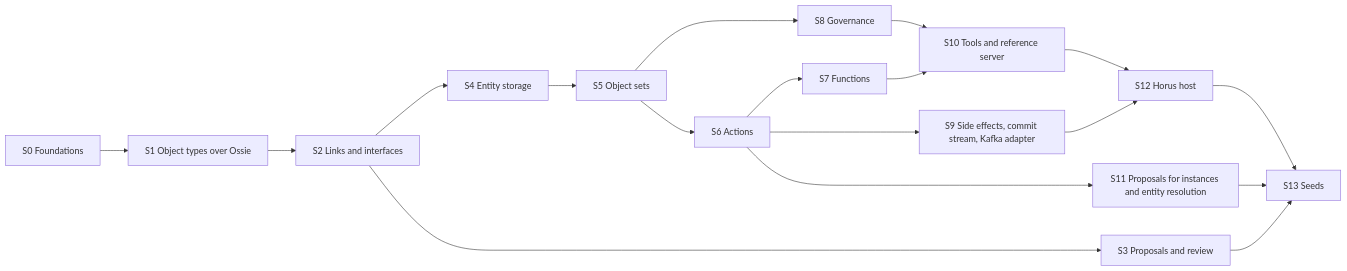
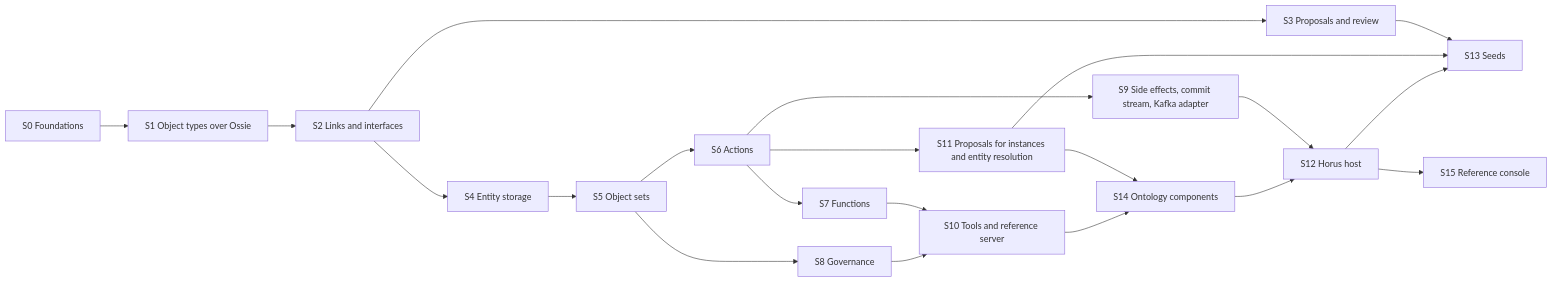
The fourth of 4 diagrams in docs/ONTOLOGY_PLAN.md (Christopheraburns/horus), drawn with Mermaid before and after one commit. The commit also changed other lines of this file and 1 other file, not shown here.

First line of the commit message:
Ontology plan: generic UI ships from Helios as components

````diff
--- a/docs/ONTOLOGY_PLAN.md
+++ b/docs/ONTOLOGY_PLAN.md
@@ -596,20 +600,23 @@
 ```mermaid
 flowchart LR
   s0[S0 Foundations] --> s1[S1 Object types over Ossie]
   s1 --> s2[S2 Links and interfaces]
   s2 --> s3[S3 Proposals and review]
   s2 --> s4[S4 Entity storage]
   s4 --> s5[S5 Object sets]
   s5 --> s6[S6 Actions]
   s6 --> s7[S7 Functions]
   s5 --> s8[S8 Governance]
   s6 --> s9[S9 Side effects, commit stream, Kafka adapter]
   s8 --> s10[S10 Tools and reference server]
   s7 --> s10
   s6 --> s11[S11 Proposals for instances and entity resolution]
-  s10 --> s12[S12 Horus host]
+  s10 --> s14[S14 Ontology components]
+  s11 --> s14
+  s14 --> s12[S12 Horus host]
   s9 --> s12
   s12 --> s13[S13 Seeds]
+  s12 --> s15[S15 Reference console]
   s11 --> s13
   s3 --> s13
 ```
````
